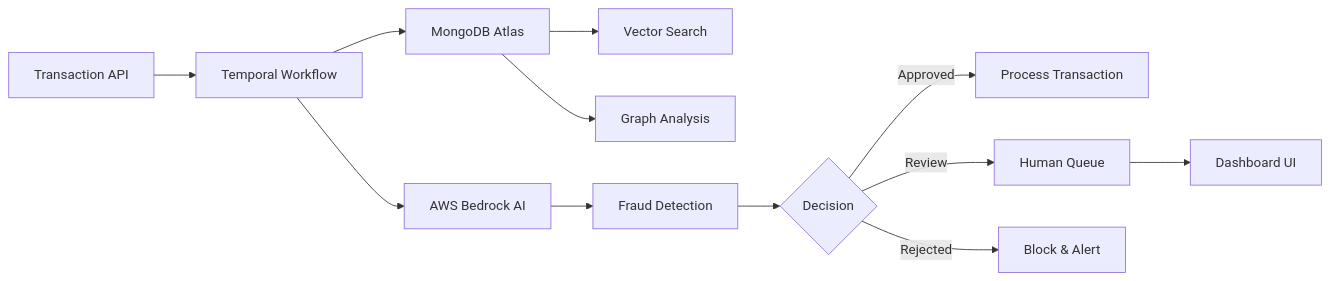
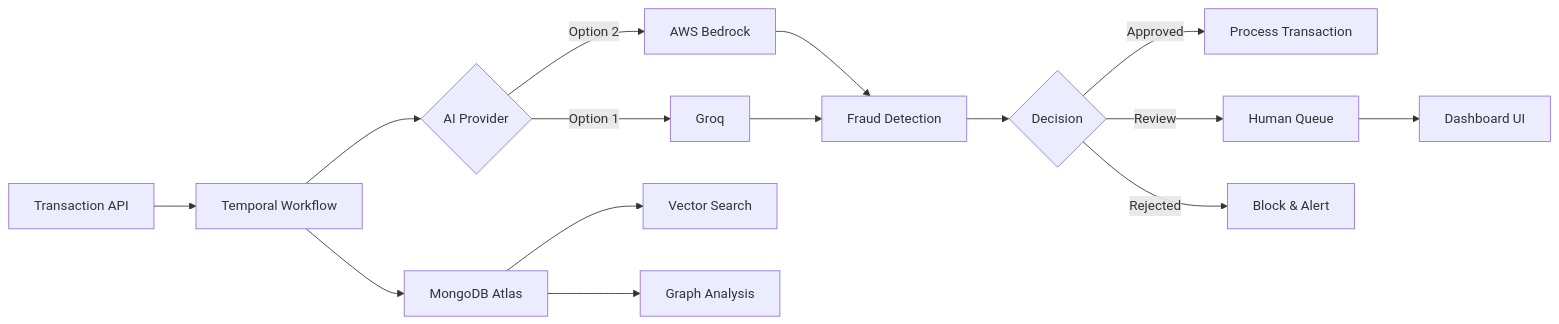
One commit to mongodb-partners/maap-temporal-ai-agent-qs changed the diagram in README.md. Above: the diagram before and after it, drawn with Mermaid. The commit also changed other lines of this file and 7 other files, not shown here.

First line of the commit message:
Add Groq LLM provider and integration for AI analysis

````diff
--- a/README.md
+++ b/README.md
@@ -86,14 +86,17 @@
 ```mermaid
 graph LR
     A[Transaction API] --> B[Temporal Workflow]
     B --> C[MongoDB Atlas]
-    B --> D[AWS Bedrock AI]
+    B --> D{AI Provider}
+    D -->|Option 2| D1[AWS Bedrock]
+    D -->|Option 1| D2[Groq]
     C --> E[Vector Search]
     C --> F[Graph Analysis]
-    D --> G[Fraud Detection]
+    D1 --> G[Fraud Detection]
+    D2 --> G[Fraud Detection]
     G --> H{Decision}
     H -->|Approved| I[Process Transaction]
     H -->|Review| J[Human Queue]
     H -->|Rejected| K[Block & Alert]
     J --> L[Dashboard UI]
 ```
````
